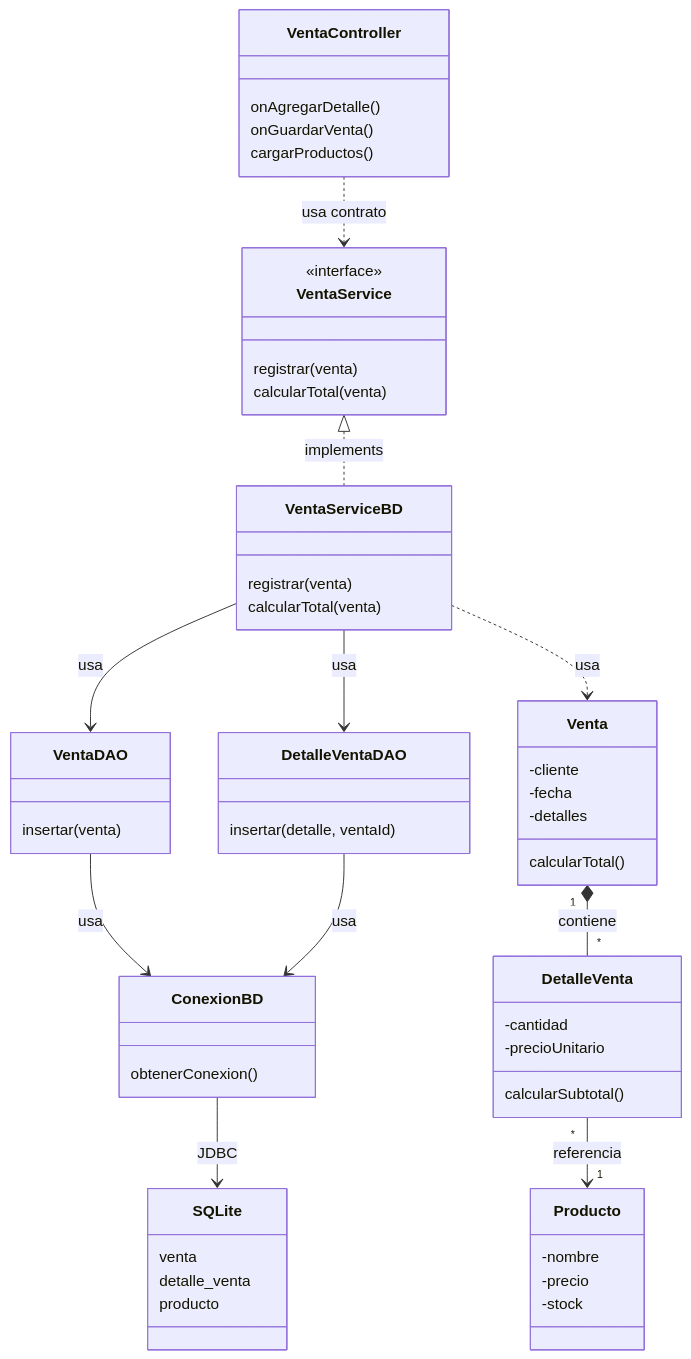
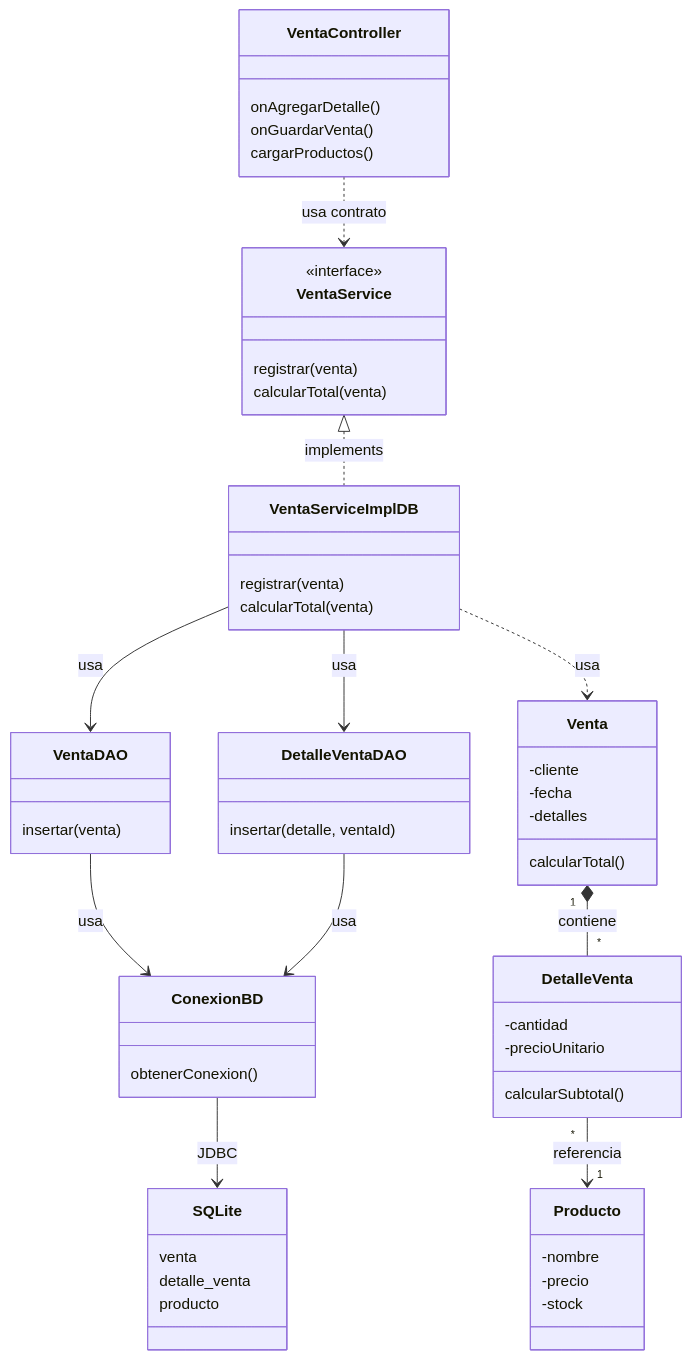
One commit to 262poo/comarket changed the diagram in docs/S09_Operaciones_Persistentes_Muchos_Muchos.md. Above: the diagram before and after it, drawn with Mermaid. The commit also changed other lines of this file and 36 other files, not shown here.

````diff
--- a/docs/S09_Operaciones_Persistentes_Muchos_Muchos.md
+++ b/docs/S09_Operaciones_Persistentes_Muchos_Muchos.md
@@ -61,67 +62,67 @@
 ```mermaid
 classDiagram
     class VentaController {
         onAgregarDetalle()
         onGuardarVenta()
         cargarProductos()
     }
 
     class VentaService {
         <<interface>>
         registrar(venta)
         calcularTotal(venta)
     }
 
-    class VentaServiceBD {
+    class VentaServiceImplDB {
         registrar(venta)
         calcularTotal(venta)
     }
 
     class VentaDAO {
         insertar(venta)
     }
 
     class DetalleVentaDAO {
         insertar(detalle, ventaId)
     }
 
     class ConexionBD {
         obtenerConexion()
     }
 
     class SQLite {
         venta
         detalle_venta
         producto
     }
 
     class Venta {
         -cliente
         -fecha
         -detalles
         calcularTotal()
     }
 
     class DetalleVenta {
         -cantidad
         -precioUnitario
         calcularSubtotal()
     }
 
     class Producto {
         -nombre
         -precio
         -stock
     }
 
     VentaController ..> VentaService : usa contrato
-    VentaService <|.. VentaServiceBD : implements
-    VentaServiceBD --> VentaDAO : usa
-    VentaServiceBD --> DetalleVentaDAO : usa
+    VentaService <|.. VentaServiceImplDB : implements
+    VentaServiceImplDB --> VentaDAO : usa
+    VentaServiceImplDB --> DetalleVentaDAO : usa
     VentaDAO --> ConexionBD : usa
     DetalleVentaDAO --> ConexionBD : usa
     ConexionBD --> SQLite : JDBC
-    VentaServiceBD ..> Venta : usa
+    VentaServiceImplDB ..> Venta : usa
     Venta "1" *-- "*" DetalleVenta : contiene
     DetalleVenta "*" --> "1" Producto : referencia
 ```
````
